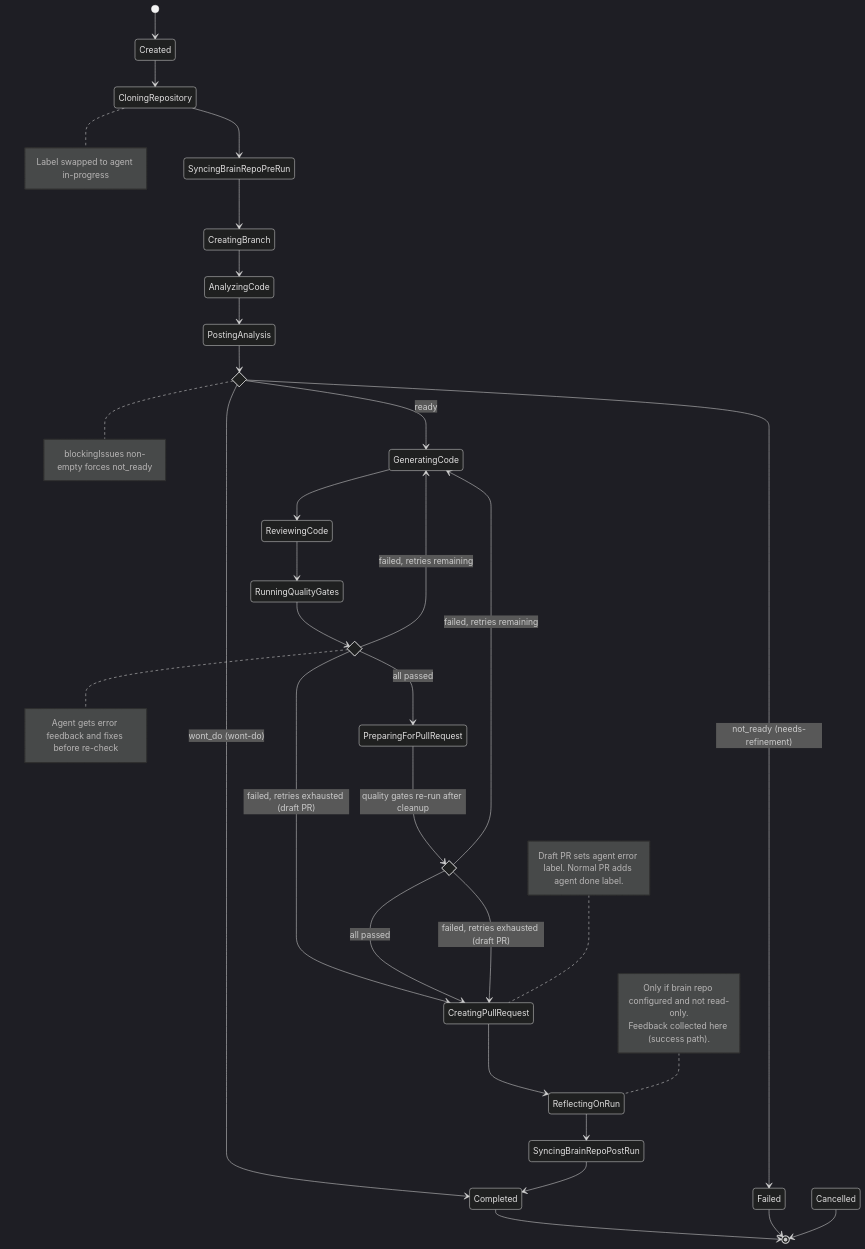
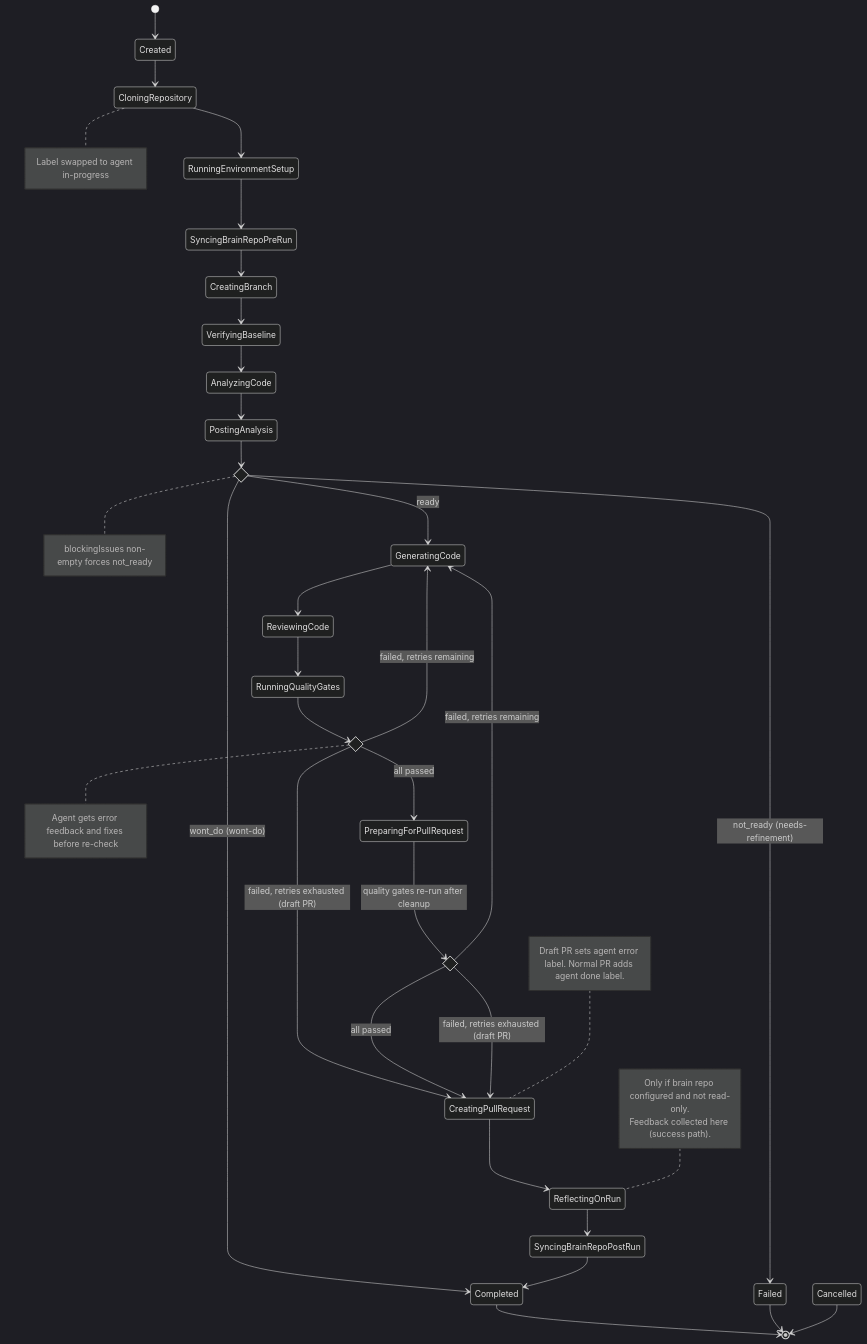
The first of 10 diagrams in docs/pipeline-orchestration.md (Chemsorly/coding-agent-automation), drawn with Mermaid (dark theme) before and after one commit. The commit also changed other lines of this file and 5 other files, not shown here.

````diff
--- a/docs/pipeline-orchestration.md
+++ b/docs/pipeline-orchestration.md
@@ -13,57 +13,59 @@
 ```mermaid
 stateDiagram-v2
     direction TB
 
     [*] --> Created
     Created --> CloningRepository
-    CloningRepository --> SyncingBrainRepoPreRun
+    CloningRepository --> RunningEnvironmentSetup
+    RunningEnvironmentSetup --> SyncingBrainRepoPreRun
     SyncingBrainRepoPreRun --> CreatingBranch
-    CreatingBranch --> AnalyzingCode
+    CreatingBranch --> VerifyingBaseline
+    VerifyingBaseline --> AnalyzingCode
     AnalyzingCode --> PostingAnalysis
 
     state ConfidenceGate <<choice>>
     PostingAnalysis --> ConfidenceGate
     ConfidenceGate --> GeneratingCode : ready
     ConfidenceGate --> Failed : not_ready (needs-refinement)
     ConfidenceGate --> Completed : wont_do (wont-do)
 
     GeneratingCode --> ReviewingCode
     ReviewingCode --> RunningQualityGates
 
     state QualityGateDecision <<choice>>
     RunningQualityGates --> QualityGateDecision
     QualityGateDecision --> PreparingForPullRequest : all passed
     QualityGateDecision --> GeneratingCode : failed, retries remaining
     QualityGateDecision --> CreatingPullRequest : failed, retries exhausted (draft PR)
 
     state FinalQualityCheck <<choice>>
     PreparingForPullRequest --> FinalQualityCheck : quality gates re-run after cleanup
     FinalQualityCheck --> CreatingPullRequest : all passed
     FinalQualityCheck --> GeneratingCode : failed, retries remaining
     FinalQualityCheck --> CreatingPullRequest : failed, retries exhausted (draft PR)
 
     CreatingPullRequest --> ReflectingOnRun
     ReflectingOnRun --> SyncingBrainRepoPostRun
     SyncingBrainRepoPostRun --> Completed
 
     Completed --> [*]
     Failed --> [*]
     Cancelled --> [*]
 
     note right of CloningRepository
         Label swapped to agent in-progress
     end note
     note right of ConfidenceGate
         blockingIssues non-empty forces not_ready
     end note
     note right of QualityGateDecision
         Agent gets error feedback and fixes before re-check
     end note
     note left of CreatingPullRequest
         Draft PR sets agent error label. Normal PR adds agent done label.
     end note
     note left of ReflectingOnRun
         Only if brain repo configured and not read-only.
         Feedback collected here (success path).
     end note
 ```
````
